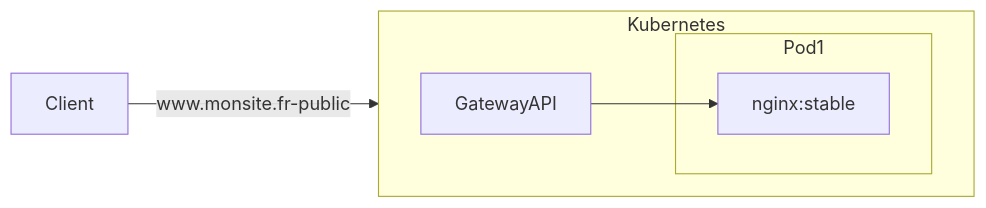
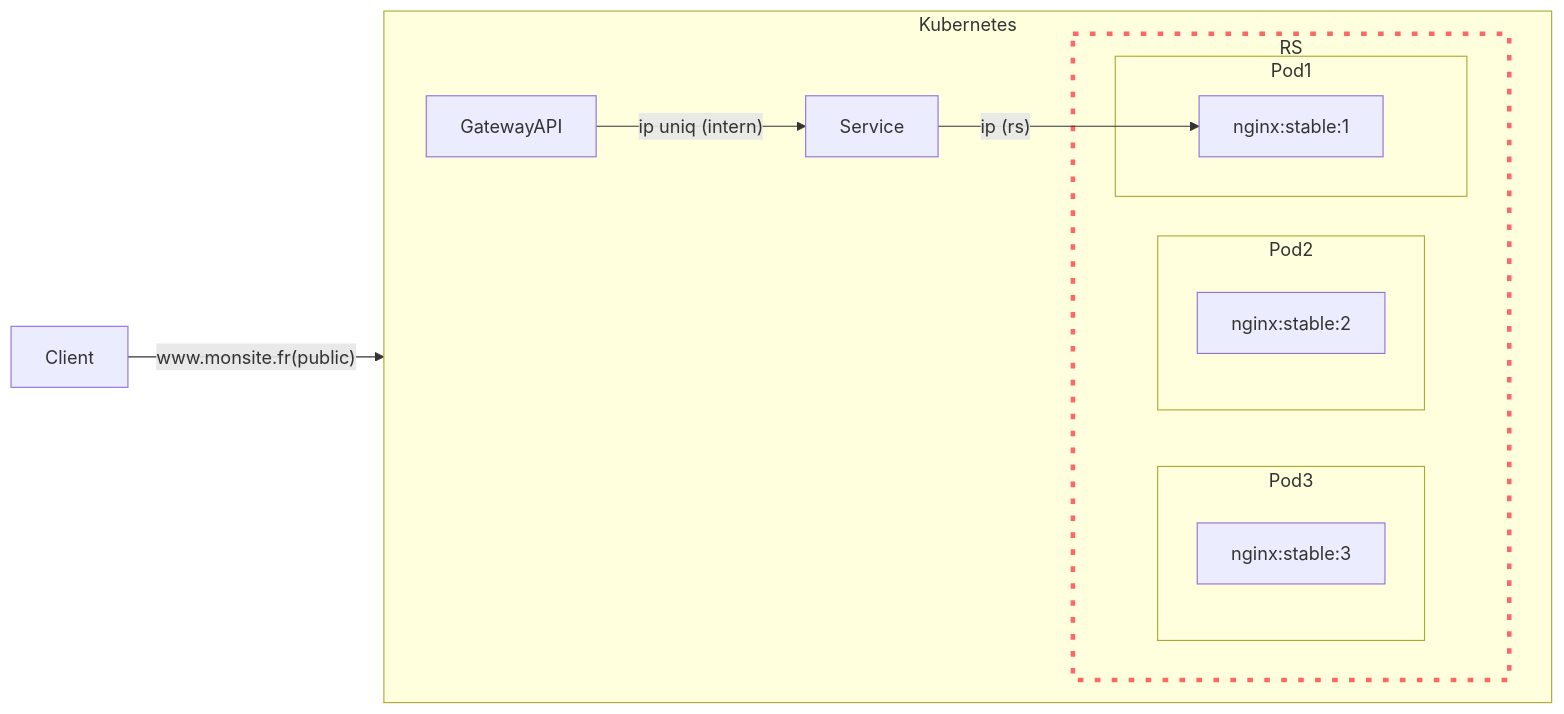
Before and after one commit to baptmnt/VIR: the diagram in TD5-Kube-Net/README.md, drawn with Mermaid. The commit also changed 2 other files, not shown here.

Commit message:
Ajout des schema d architecture

````diff
--- a/TD5-Kube-Net/README.md
+++ b/TD5-Kube-Net/README.md
@@ -249,12 +249,22 @@
 ```mermaid
 flowchart LR
   subgraph Kubernetes
     direction LR
     GatewayAPI
-    subgraph Pod1
-      nginx:stable
-    end    
-    GatewayAPI --> nginx:stable
+    Service
+    subgraph RS
+      style RS stroke:#f66,stroke-width:4px, stroke-dasharray: 5 10
+      subgraph Pod3
+        nginx:stable:3
+      end 
+      subgraph Pod2
+        nginx:stable:2
+      end   
+      subgraph Pod1
+        nginx:stable:1
+      end
+    end
+    GatewayAPI -- ip uniq (intern) --> Service -- ip (rs)--> nginx:stable:1
   end
-  Client -->|www.monsite.fr-public| GatewayAPI
+  Client -- www.monsite.fr(public) --> GatewayAPI
 ```
````
